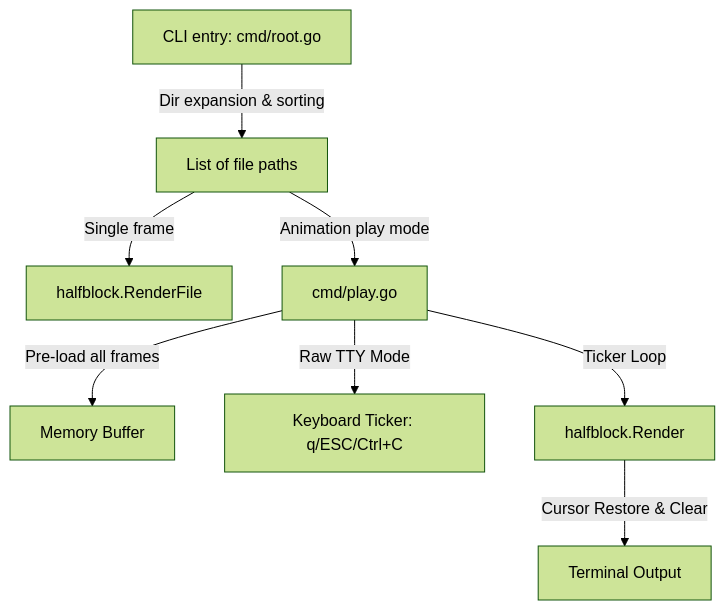
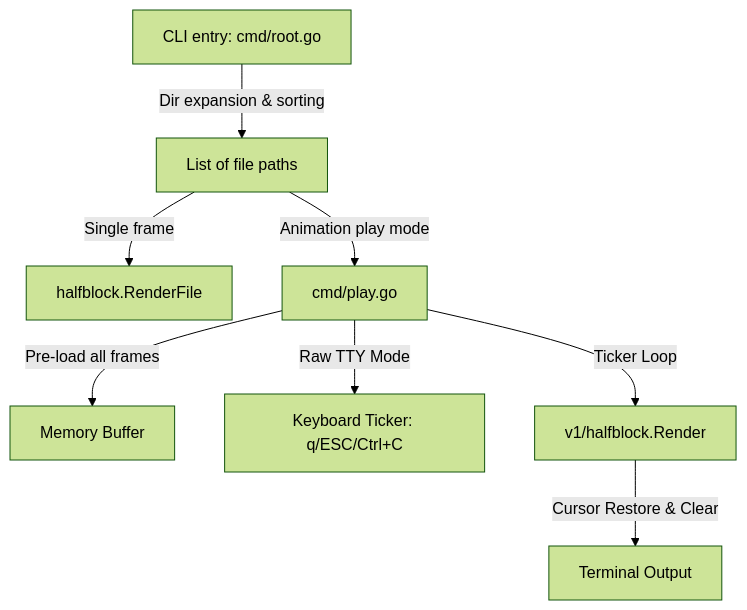
One commit to ubunatic/cati changed the diagram in docs/System.md. Above: the diagram before and after it, drawn with Mermaid (forest theme). The commit also changed other lines of this file and 54 other files, not shown here.

````diff
--- a/docs/System.md
+++ b/docs/System.md
@@ -17,10 +17,10 @@
 ```mermaid
 graph TD
     CLI[CLI entry: cmd/root.go] -->|Dir expansion & sorting| Files[List of file paths]
     Files -->|Single frame| Render[halfblock.RenderFile]
     Files -->|Animation play mode| Play[cmd/play.go]
     Play -->|Pre-load all frames| Frames[Memory Buffer]
     Play -->|Raw TTY Mode| Keyboard[Keyboard Ticker: q/ESC/Ctrl+C]
-    Play -->|Ticker Loop| RenderFrame[halfblock.Render]
+    Play -->|Ticker Loop| RenderFrame[v1/halfblock.Render]
     RenderFrame -->|Cursor Restore & Clear| Term[Terminal Output]
 ```
````
